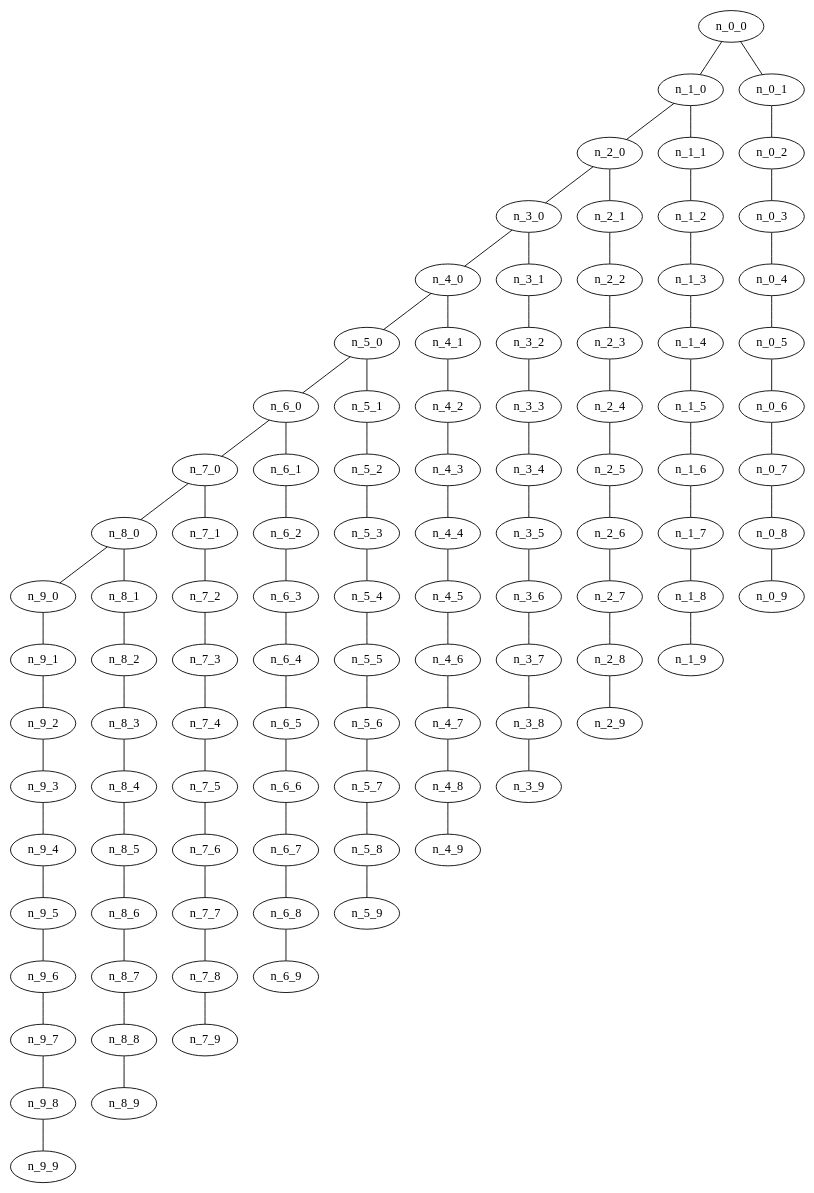
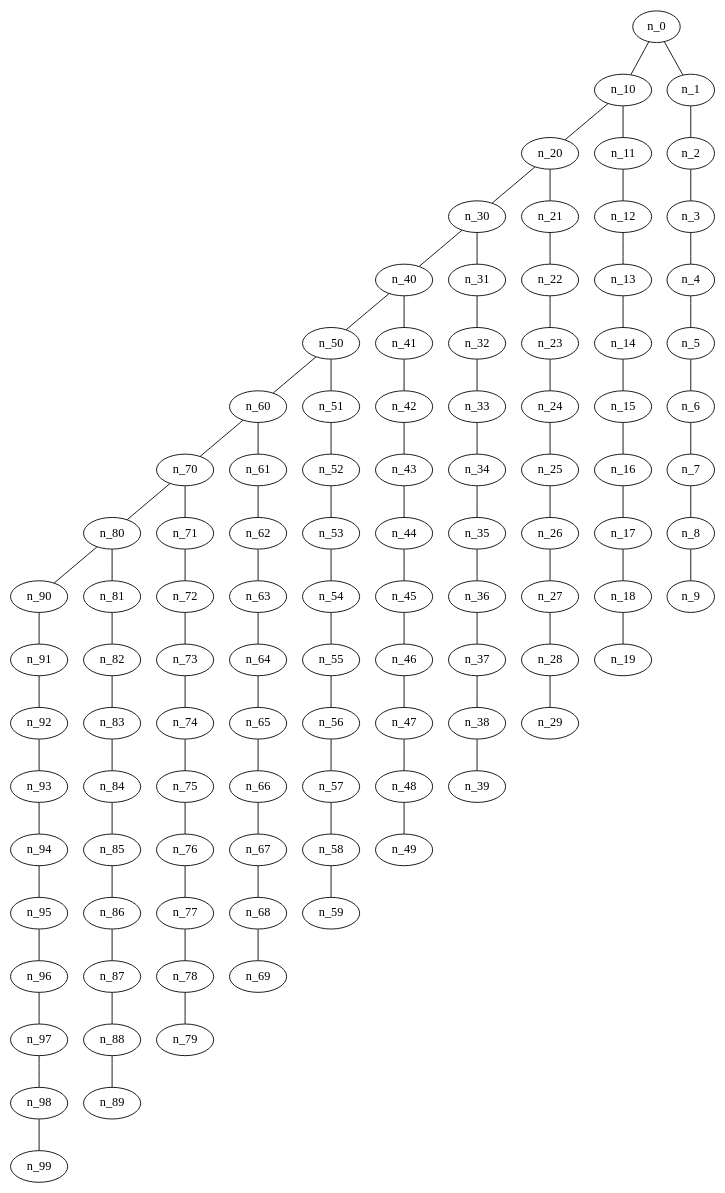
Before and after one commit to AkatzinBH/DAA: the diagram in Proyecto2/100 Nodos/Malla/grafoMalla_10_10_BFS.gv, drawn with Graphviz. The commit also changed 4 other files, not shown here.

```diff
--- a/Proyecto2/100 Nodos/Malla/grafoMalla_10_10_BFS.gv
+++ b/Proyecto2/100 Nodos/Malla/grafoMalla_10_10_BFS.gv
@@ -1,201 +1,201 @@
 graph grafoMalla_10_10_BFS  {
-n_0_0;
-n_1_0;
-n_0_1;
-n_2_0;
-n_1_1;
-n_0_2;
-n_3_0;
-n_2_1;
-n_1_2;
-n_0_3;
-n_4_0;
-n_3_1;
-n_2_2;
-n_1_3;
-n_0_4;
-n_5_0;
-n_4_1;
-n_3_2;
-n_2_3;
-n_1_4;
-n_0_5;
-n_6_0;
-n_5_1;
-n_4_2;
-n_3_3;
-n_2_4;
-n_1_5;
-n_0_6;
-n_7_0;
-n_6_1;
-n_5_2;
-n_4_3;
-n_3_4;
-n_2_5;
-n_1_6;
-n_0_7;
-n_8_0;
-n_7_1;
-n_6_2;
-n_5_3;
-n_4_4;
-n_3_5;
-n_2_6;
-n_1_7;
-n_0_8;
-n_9_0;
-n_8_1;
-n_7_2;
-n_6_3;
-n_5_4;
-n_4_5;
-n_3_6;
-n_2_7;
-n_1_8;
-n_0_9;
-n_9_1;
-n_8_2;
-n_7_3;
-n_6_4;
-n_5_5;
-n_4_6;
-n_3_7;
-n_2_8;
-n_1_9;
-n_9_2;
-n_8_3;
-n_7_4;
-n_6_5;
-n_5_6;
-n_4_7;
-n_3_8;
-n_2_9;
-n_9_3;
-n_8_4;
-n_7_5;
-n_6_6;
-n_5_7;
-n_4_8;
-n_3_9;
-n_9_4;
-n_8_5;
-n_7_6;
-n_6_7;
-n_5_8;
-n_4_9;
-n_9_5;
-n_8_6;
-n_7_7;
-n_6_8;
-n_5_9;
-n_9_6;
-n_8_7;
-n_7_8;
-n_6_9;
-n_9_7;
-n_8_8;
-n_7_9;
-n_9_8;
-n_8_9;
-n_9_9;
-n_0_0 -- n_1_0;
-n_0_0 -- n_0_1;
-n_1_0 -- n_2_0;
-n_1_0 -- n_1_1;
-n_0_1 -- n_0_2;
-n_2_0 -- n_3_0;
-n_2_0 -- n_2_1;
-n_1_1 -- n_1_2;
-n_0_2 -- n_0_3;
-n_3_0 -- n_4_0;
-n_3_0 -- n_3_1;
-n_2_1 -- n_2_2;
-n_1_2 -- n_1_3;
-n_0_3 -- n_0_4;
-n_4_0 -- n_5_0;
-n_4_0 -- n_4_1;
-n_3_1 -- n_3_2;
-n_2_2 -- n_2_3;
-n_1_3 -- n_1_4;
-n_0_4 -- n_0_5;
-n_5_0 -- n_6_0;
-n_5_0 -- n_5_1;
-n_4_1 -- n_4_2;
-n_3_2 -- n_3_3;
-n_2_3 -- n_2_4;
-n_1_4 -- n_1_5;
-n_0_5 -- n_0_6;
-n_6_0 -- n_7_0;
-n_6_0 -- n_6_1;
-n_5_1 -- n_5_2;
-n_4_2 -- n_4_3;
-n_3_3 -- n_3_4;
-n_2_4 -- n_2_5;
-n_1_5 -- n_1_6;
-n_0_6 -- n_0_7;
-n_7_0 -- n_8_0;
-n_7_0 -- n_7_1;
-n_6_1 -- n_6_2;
-n_5_2 -- n_5_3;
-n_4_3 -- n_4_4;
-n_3_4 -- n_3_5;
-n_2_5 -- n_2_6;
-n_1_6 -- n_1_7;
-n_0_7 -- n_0_8;
-n_8_0 -- n_9_0;
-n_8_0 -- n_8_1;
-n_7_1 -- n_7_2;
-n_6_2 -- n_6_3;
-n_5_3 -- n_5_4;
-n_4_4 -- n_4_5;
-n_3_5 -- n_3_6;
-n_2_6 -- n_2_7;
-n_1_7 -- n_1_8;
-n_0_8 -- n_0_9;
-n_9_0 -- n_9_1;
-n_8_1 -- n_8_2;
-n_7_2 -- n_7_3;
-n_6_3 -- n_6_4;
-n_5_4 -- n_5_5;
-n_4_5 -- n_4_6;
-n_3_6 -- n_3_7;
-n_2_7 -- n_2_8;
-n_1_8 -- n_1_9;
-n_9_1 -- n_9_2;
-n_8_2 -- n_8_3;
-n_7_3 -- n_7_4;
-n_6_4 -- n_6_5;
-n_5_5 -- n_5_6;
-n_4_6 -- n_4_7;
-n_3_7 -- n_3_8;
-n_2_8 -- n_2_9;
-n_9_2 -- n_9_3;
-n_8_3 -- n_8_4;
-n_7_4 -- n_7_5;
-n_6_5 -- n_6_6;
-n_5_6 -- n_5_7;
-n_4_7 -- n_4_8;
-n_3_8 -- n_3_9;
-n_9_3 -- n_9_4;
-n_8_4 -- n_8_5;
-n_7_5 -- n_7_6;
-n_6_6 -- n_6_7;
-n_5_7 -- n_5_8;
-n_4_8 -- n_4_9;
-n_9_4 -- n_9_5;
-n_8_5 -- n_8_6;
-n_7_6 -- n_7_7;
-n_6_7 -- n_6_8;
-n_5_8 -- n_5_9;
-n_9_5 -- n_9_6;
-n_8_6 -- n_8_7;
-n_7_7 -- n_7_8;
-n_6_8 -- n_6_9;
-n_9_6 -- n_9_7;
-n_8_7 -- n_8_8;
-n_7_8 -- n_7_9;
-n_9_7 -- n_9_8;
-n_8_8 -- n_8_9;
-n_9_8 -- n_9_9;
+n_0;
+n_10;
+n_1;
+n_20;
+n_11;
+n_2;
+n_30;
+n_21;
+n_12;
+n_3;
+n_40;
+n_31;
+n_22;
+n_13;
+n_4;
+n_50;
+n_41;
+n_32;
+n_23;
+n_14;
+n_5;
+n_60;
+n_51;
+n_42;
+n_33;
+n_24;
+n_15;
+n_6;
+n_70;
+n_61;
+n_52;
+n_43;
+n_34;
+n_25;
+n_16;
+n_7;
+n_80;
+n_71;
+n_62;
+n_53;
+n_44;
+n_35;
+n_26;
+n_17;
+n_8;
+n_90;
+n_81;
+n_72;
+n_63;
+n_54;
+n_45;
+n_36;
+n_27;
+n_18;
+n_9;
+n_91;
+n_82;
+n_73;
+n_64;
+n_55;
+n_46;
+n_37;
+n_28;
+n_19;
+n_92;
+n_83;
+n_74;
+n_65;
+n_56;
+n_47;
+n_38;
+n_29;
+n_93;
+n_84;
+n_75;
+n_66;
+n_57;
+n_48;
+n_39;
+n_94;
+n_85;
+n_76;
+n_67;
+n_58;
+n_49;
+n_95;
+n_86;
+n_77;
+n_68;
+n_59;
+n_96;
+n_87;
+n_78;
+n_69;
+n_97;
+n_88;
+n_79;
+n_98;
+n_89;
+n_99;
+n_0 -- n_10;
+n_0 -- n_1;
+n_10 -- n_20;
+n_10 -- n_11;
+n_1 -- n_2;
+n_20 -- n_30;
+n_20 -- n_21;
+n_11 -- n_12;
+n_2 -- n_3;
+n_30 -- n_40;
+n_30 -- n_31;
+n_21 -- n_22;
+n_12 -- n_13;
+n_3 -- n_4;
+n_40 -- n_50;
+n_40 -- n_41;
+n_31 -- n_32;
+n_22 -- n_23;
+n_13 -- n_14;
+n_4 -- n_5;
+n_50 -- n_60;
+n_50 -- n_51;
+n_41 -- n_42;
+n_32 -- n_33;
+n_23 -- n_24;
+n_14 -- n_15;
+n_5 -- n_6;
+n_60 -- n_70;
+n_60 -- n_61;
+n_51 -- n_52;
+n_42 -- n_43;
+n_33 -- n_34;
+n_24 -- n_25;
+n_15 -- n_16;
+n_6 -- n_7;
+n_70 -- n_80;
+n_70 -- n_71;
+n_61 -- n_62;
+n_52 -- n_53;
+n_43 -- n_44;
+n_34 -- n_35;
+n_25 -- n_26;
+n_16 -- n_17;
+n_7 -- n_8;
+n_80 -- n_90;
+n_80 -- n_81;
+n_71 -- n_72;
+n_62 -- n_63;
+n_53 -- n_54;
+n_44 -- n_45;
+n_35 -- n_36;
+n_26 -- n_27;
+n_17 -- n_18;
+n_8 -- n_9;
+n_90 -- n_91;
+n_81 -- n_82;
+n_72 -- n_73;
+n_63 -- n_64;
+n_54 -- n_55;
+n_45 -- n_46;
+n_36 -- n_37;
+n_27 -- n_28;
+n_18 -- n_19;
+n_91 -- n_92;
+n_82 -- n_83;
+n_73 -- n_74;
+n_64 -- n_65;
+n_55 -- n_56;
+n_46 -- n_47;
+n_37 -- n_38;
+n_28 -- n_29;
+n_92 -- n_93;
+n_83 -- n_84;
+n_74 -- n_75;
+n_65 -- n_66;
+n_56 -- n_57;
+n_47 -- n_48;
+n_38 -- n_39;
+n_93 -- n_94;
+n_84 -- n_85;
+n_75 -- n_76;
+n_66 -- n_67;
+n_57 -- n_58;
+n_48 -- n_49;
+n_94 -- n_95;
+n_85 -- n_86;
+n_76 -- n_77;
+n_67 -- n_68;
+n_58 -- n_59;
+n_95 -- n_96;
+n_86 -- n_87;
+n_77 -- n_78;
+n_68 -- n_69;
+n_96 -- n_97;
+n_87 -- n_88;
+n_78 -- n_79;
+n_97 -- n_98;
+n_88 -- n_89;
+n_98 -- n_99;
 }
```
